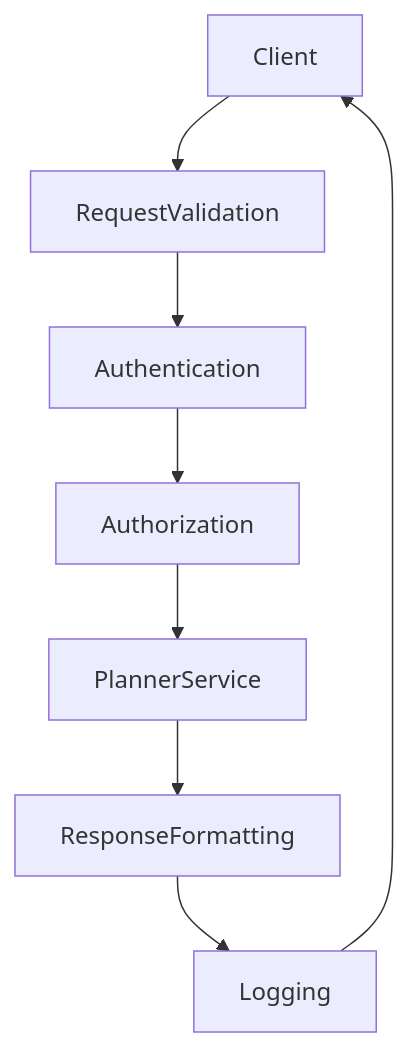
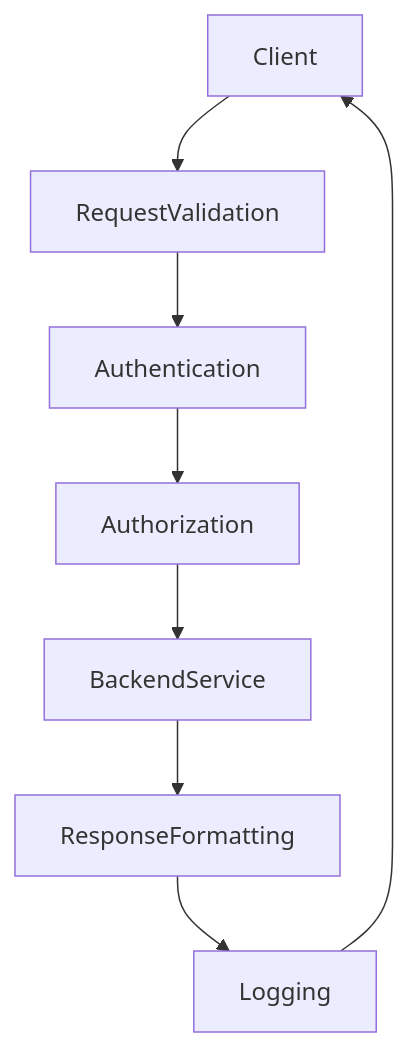
The second of 2 diagrams in docs/04-backend/api-design.md (koraayoztuurk/SentinelAI), drawn with Mermaid before and after one commit. The commit also changed other lines of this file, not shown here.

Commit message:
docs(api): align API routing with service ownership

````diff
--- a/docs/04-backend/api-design.md
+++ b/docs/04-backend/api-design.md
@@ -148,19 +148,19 @@
 ```mermaid
 flowchart TD
 
 Client
 
 --> RequestValidation
 
 --> Authentication
 
 --> Authorization
 
---> PlannerService
+--> BackendService
 
 --> ResponseFormatting
 
 --> Logging
 
 --> Client
 ```
````
